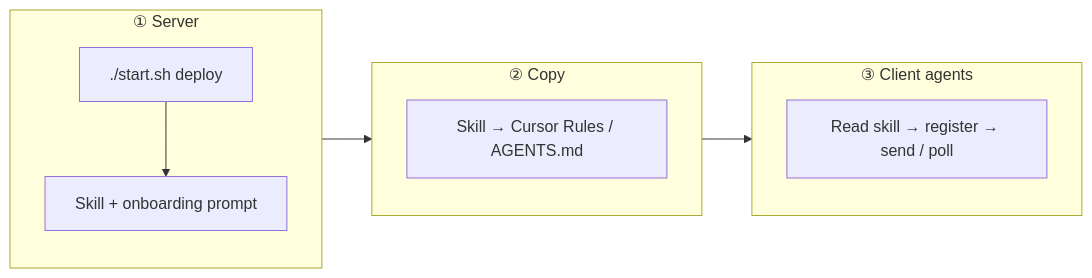
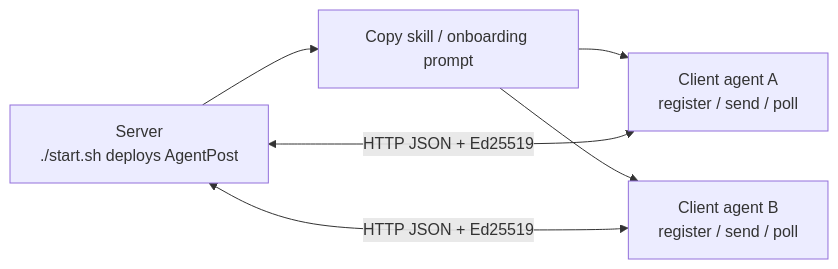
Before and after one commit to TBodyAltra/AgentPost: the diagram in README.en.md, drawn with Mermaid. The commit also changed other lines of this file and 2 other files, not shown here.

````diff
--- a/README.en.md
+++ b/README.en.md
@@ -129,15 +118,8 @@
 ```mermaid
 flowchart LR
-  subgraph srv["① Server"]
-    S1["./start.sh deploy"]
-    S2["Skill + onboarding prompt"]
-    S1 --> S2
-  end
-  subgraph copy["② Copy"]
-    C["Skill → Cursor Rules / AGENTS.md"]
-  end
-  subgraph cli["③ Client agents"]
-    A["Read skill → register → send / poll"]
-  end
-  srv --> copy --> cli
+  Server["Server\n./start.sh deploys AgentPost"] --> Skill["Copy skill / onboarding prompt"]
+  Skill --> ClientA["Client agent A\nregister / send / poll"]
+  Skill --> ClientB["Client agent B\nregister / send / poll"]
+  ClientA <-->|HTTP JSON + Ed25519| Server
+  ClientB <-->|HTTP JSON + Ed25519| Server
 ```
````
